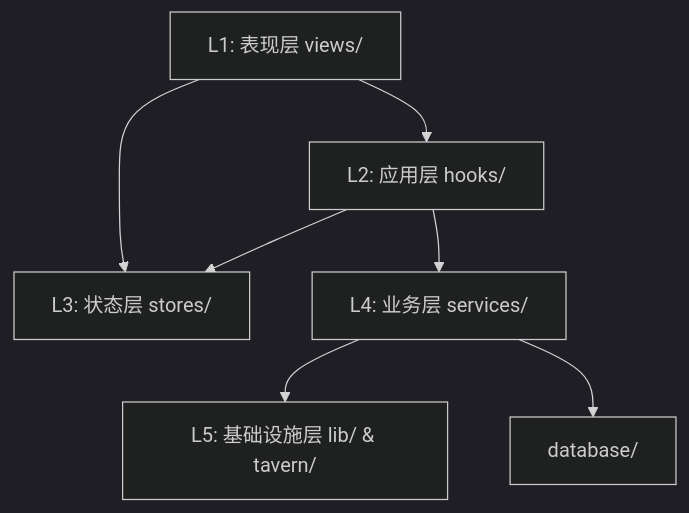
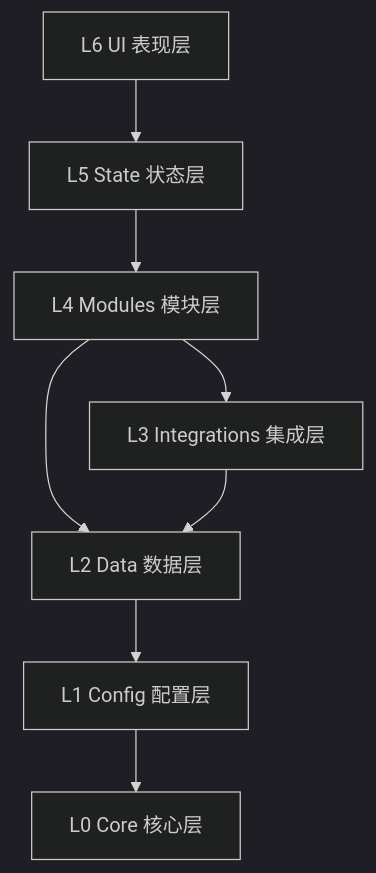
The diagram in docs/项目文件架构.md (shiyue137mh-netizen/Engram), drawn with Mermaid (dark theme) before and after one commit. The commit also changed other lines of this file and 262 other files, not shown here.

````diff
--- a/docs/项目文件架构.md
+++ b/docs/项目文件架构.md
@@ -187,9 +199,10 @@
 ```mermaid
 graph TD
-    L1_UI[L1: 表现层 views/] --> L2_Hook[L2: 应用层 hooks/]
-    L1_UI --> L3_Store[L3: 状态层 stores/]
-    L2_Hook --> L3_Store
-    L2_Hook --> L4_Service[L4: 业务层 services/]
-    L4_Service --> L5_Infra[L5: 基础设施层 lib/ & tavern/]
-    L4_Service --> L5_DB[database/]
+    UI[L6 UI 表现层] --> State[L5 State 状态层]
+    State --> Modules[L4 Modules 模块层]
+    Modules --> Integrations[L3 Integrations 集成层]
+    Modules --> Data[L2 Data 数据层]
+    Integrations --> Data
+    Data --> Config[L1 Config 配置层]
+    Config --> Core[L0 Core 核心层]
 ```
````
